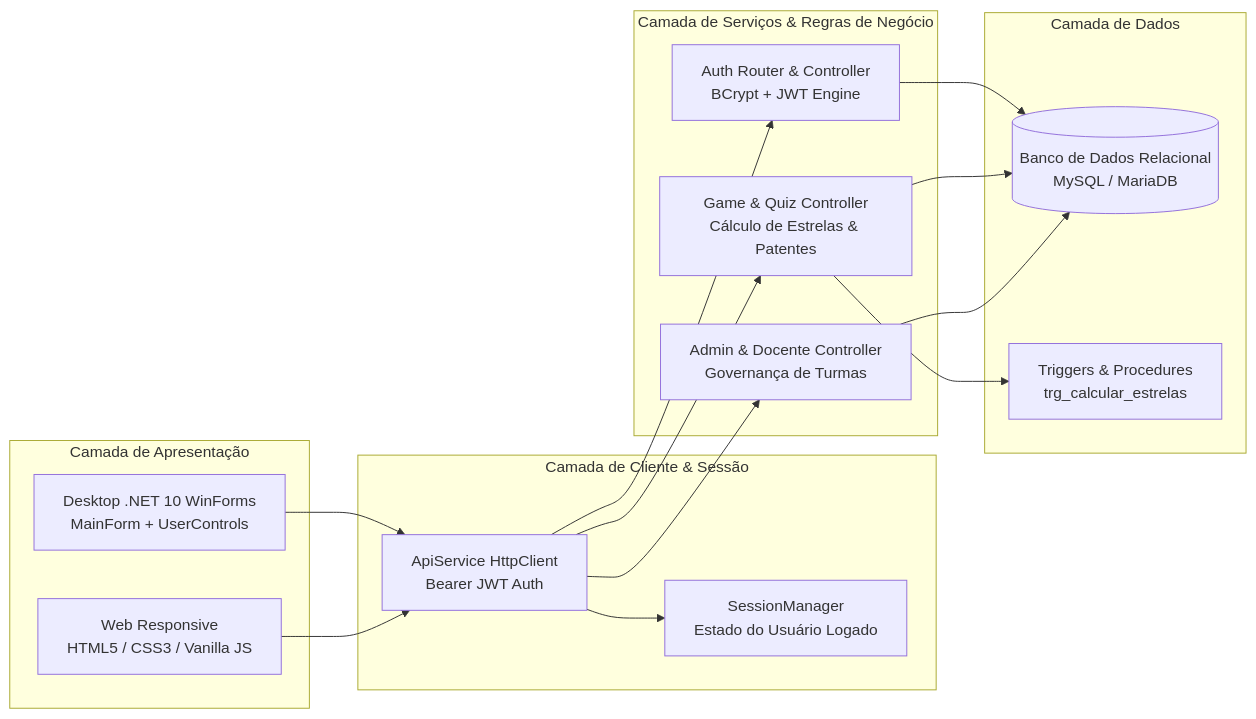
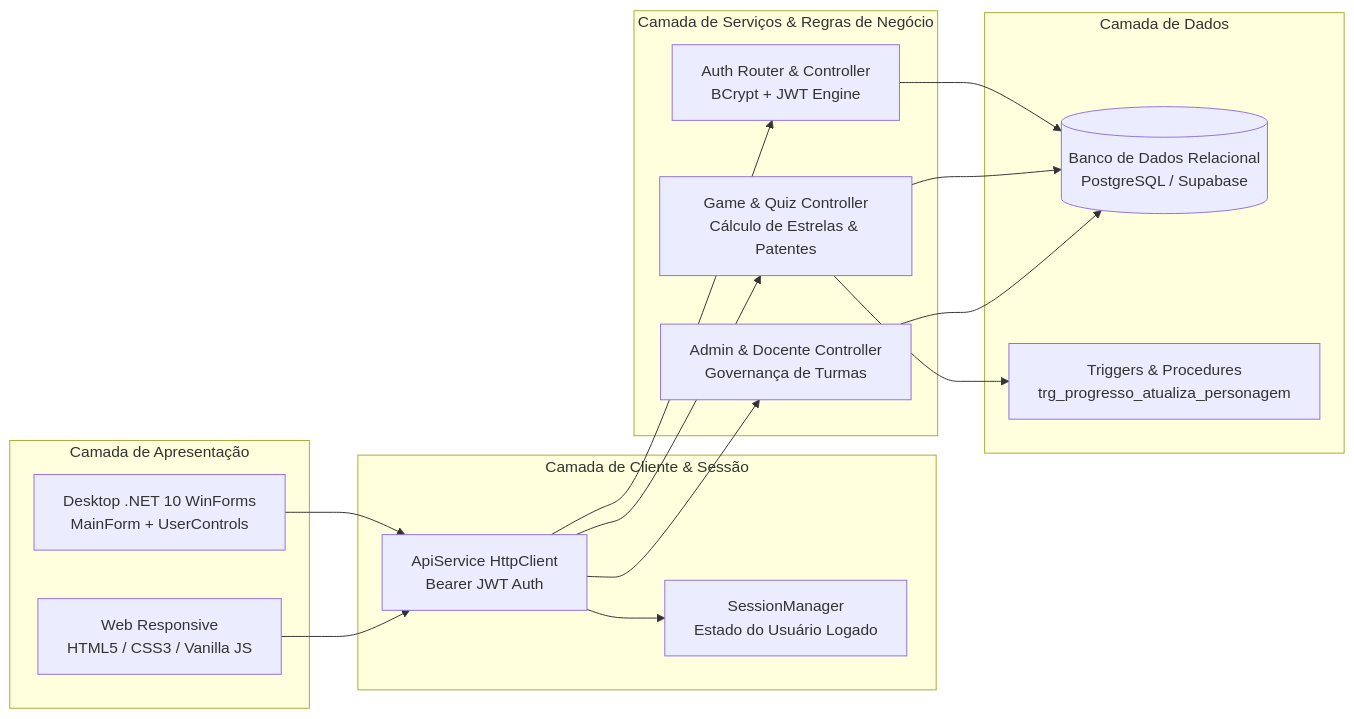
Before and after one commit to Pim-Unip2025/desktop: the first of 12 diagrams in DiagramaDeSequencia.md, drawn with Mermaid. The commit also changed other lines of this file and 2 other files, not shown here.

Commit message:
docs(db): adiciona especificacao completa do schema PostgreSQL Supabase e alinha diagramas de sequencia

````diff
--- a/DiagramaDeSequencia.md
+++ b/DiagramaDeSequencia.md
@@ -54,34 +54,34 @@
 ```mermaid
 graph LR
     subgraph Apresentacao [Camada de Apresentação]
         Desk[Desktop .NET 10 WinForms<br/>MainForm + UserControls]
         Web[Web Responsive<br/>HTML5 / CSS3 / Vanilla JS]
     end
 
     subgraph Servicos [Camada de Cliente & Sessão]
         API[ApiService HttpClient<br/>Bearer JWT Auth]
         SM[SessionManager<br/>Estado do Usuário Logado]
     end
 
     subgraph Backend [Camada de Serviços & Regras de Negócio]
         AuthAPI[Auth Router & Controller<br/>BCrypt + JWT Engine]
         GameAPI[Game & Quiz Controller<br/>Cálculo de Estrelas & Patentes]
         AdminAPI[Admin & Docente Controller<br/>Governança de Turmas]
     end
 
     subgraph Persistencia [Camada de Dados]
-        MySQL[(Banco de Dados Relacional<br/>MySQL / MariaDB)]
-        Triggers[Triggers & Procedures<br/>trg_calcular_estrelas]
+        PostgreSQL[(Banco de Dados Relacional<br/>PostgreSQL / Supabase)]
+        Triggers[Triggers & Procedures<br/>trg_progresso_atualiza_personagem]
     end
 
     Desk --> API
     Web --> API
     API --> SM
     API --> AuthAPI
     API --> GameAPI
     API --> AdminAPI
-    AuthAPI --> MySQL
-    GameAPI --> MySQL
+    AuthAPI --> PostgreSQL
+    GameAPI --> PostgreSQL
     GameAPI --> Triggers
-    AdminAPI --> MySQL
+    AdminAPI --> PostgreSQL
 ```
````
